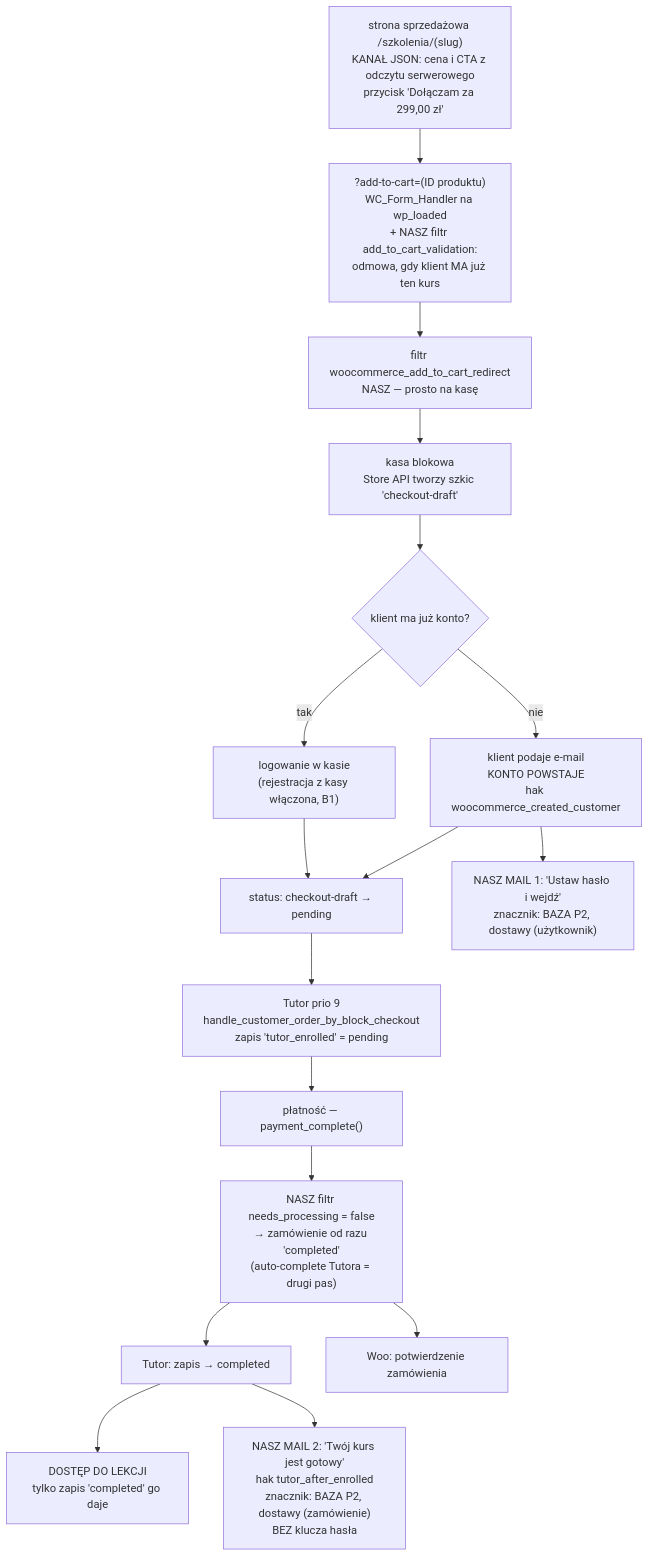
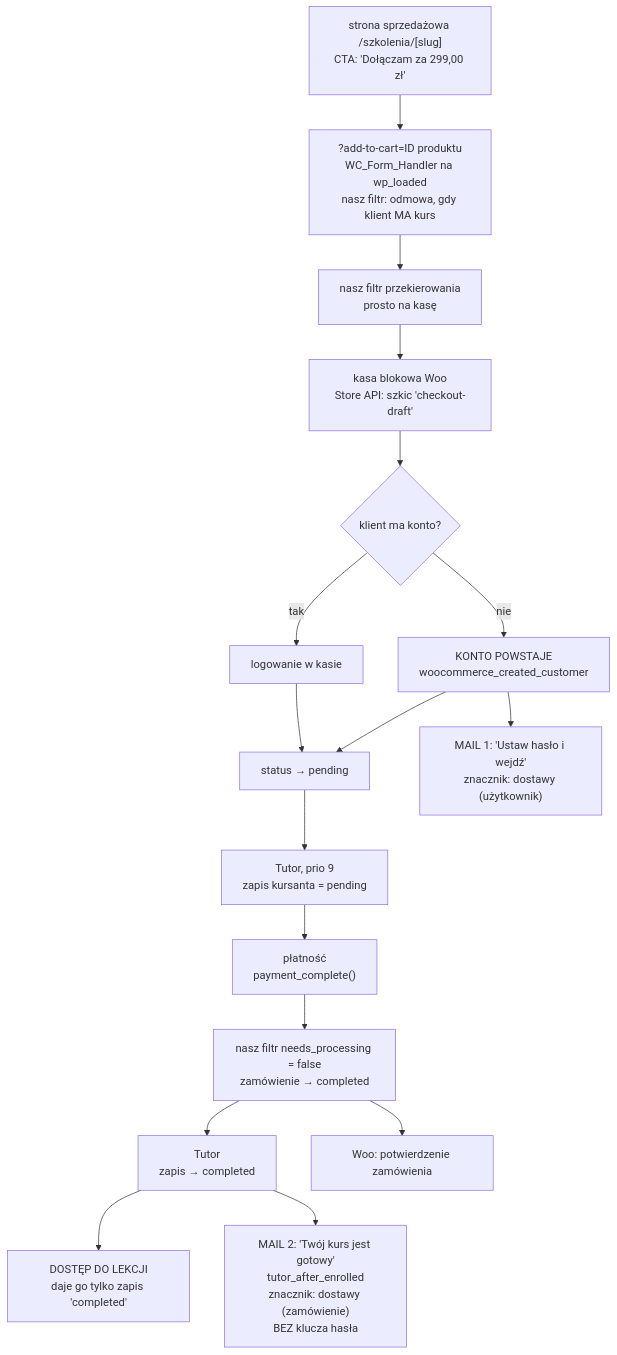
One commit to krzysiek2115op/aai-platforma-szkolen changed the second of 4 diagrams in docs/plugin-2/DIAGRAM.md. Above: the diagram before and after it, drawn with Mermaid. The commit also changed other lines of this file and 2 other files, not shown here.

First line of the commit message:
Diagramy Pluginu 2 mówią językiem wizualnym diagramu Pluginu 1

````diff
--- a/docs/plugin-2/DIAGRAM.md
+++ b/docs/plugin-2/DIAGRAM.md
@@ -154,27 +162,27 @@
 ```mermaid
-flowchart TD
-    A["strona sprzedażowa /szkolenia/(slug)<br/>KANAŁ JSON: cena i CTA z odczytu serwerowego<br/>przycisk 'Dołączam za 299,00 zł'"]
-    B["?add-to-cart=(ID produktu)<br/>WC_Form_Handler na wp_loaded<br/>+ NASZ filtr add_to_cart_validation:<br/>odmowa, gdy klient MA już ten kurs"]
-    C["filtr woocommerce_add_to_cart_redirect<br/>NASZ — prosto na kasę"]
-    D["kasa blokowa<br/>Store API tworzy szkic 'checkout-draft'"]
-    E1{"klient ma już konto?"}
-    E2["logowanie w kasie<br/>(rejestracja z kasy włączona, B1)"]
-    E3["klient podaje e-mail<br/>KONTO POWSTAJE<br/>hak woocommerce_created_customer"]
-    L1["NASZ MAIL 1: 'Ustaw hasło i wejdź'<br/>znacznik: BAZA P2, dostawy (użytkownik)"]
-    F["status: checkout-draft → pending"]
-    G["Tutor prio 9<br/>handle_customer_order_by_block_checkout<br/>zapis 'tutor_enrolled' = pending"]
-    H["płatność — payment_complete()"]
-    I["NASZ filtr needs_processing = false<br/>→ zamówienie od razu 'completed'<br/>(auto-complete Tutora = drugi pas)"]
-    J["Tutor: zapis → completed"]
-    K["DOSTĘP DO LEKCJI<br/>tylko zapis 'completed' go daje"]
-    L2["NASZ MAIL 2: 'Twój kurs jest gotowy'<br/>hak tutor_after_enrolled<br/>znacznik: BAZA P2, dostawy (zamówienie)<br/>BEZ klucza hasła"]
+flowchart TB
+    A["strona sprzedażowa /szkolenia/[slug]<br/>CTA: 'Dołączam za 299,00 zł'"]
+    B["?add-to-cart=ID produktu<br/>WC_Form_Handler na wp_loaded<br/>nasz filtr: odmowa, gdy klient MA kurs"]
+    C["nasz filtr przekierowania<br/>prosto na kasę"]
+    D["kasa blokowa Woo<br/>Store API: szkic 'checkout-draft'"]
+    E1{"klient ma konto?"}
+    E2["logowanie w kasie"]
+    E3["KONTO POWSTAJE<br/>woocommerce_created_customer"]
+    L1["MAIL 1: 'Ustaw hasło i wejdź'<br/>znacznik: dostawy (użytkownik)"]
+    F["status → pending"]
+    G["Tutor, prio 9<br/>zapis kursanta = pending"]
+    H["płatność<br/>payment_complete()"]
+    I["nasz filtr needs_processing = false<br/>zamówienie → completed"]
+    J["Tutor<br/>zapis → completed"]
+    K["DOSTĘP DO LEKCJI<br/>daje go tylko zapis 'completed'"]
+    L2["MAIL 2: 'Twój kurs jest gotowy'<br/>tutor_after_enrolled<br/>znacznik: dostawy (zamówienie)<br/>BEZ klucza hasła"]
     M["Woo: potwierdzenie zamówienia"]
 
     A --> B --> C --> D --> E1
-    E1 -->|tak| E2 --> F
-    E1 -->|nie| E3 --> F
+    E1 -->|"tak"| E2 --> F
+    E1 -->|"nie"| E3 --> F
     E3 --> L1
     F --> G --> H --> I --> J --> K
     J --> L2
     I --> M
 ```
````
